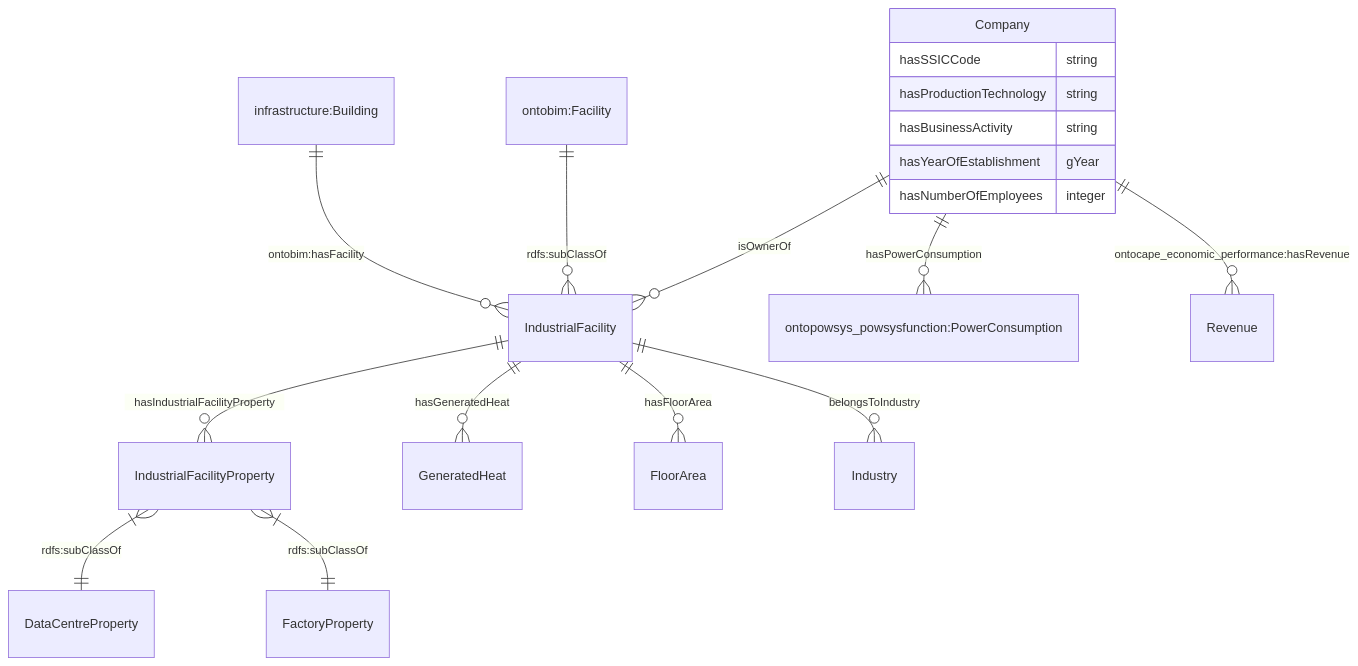
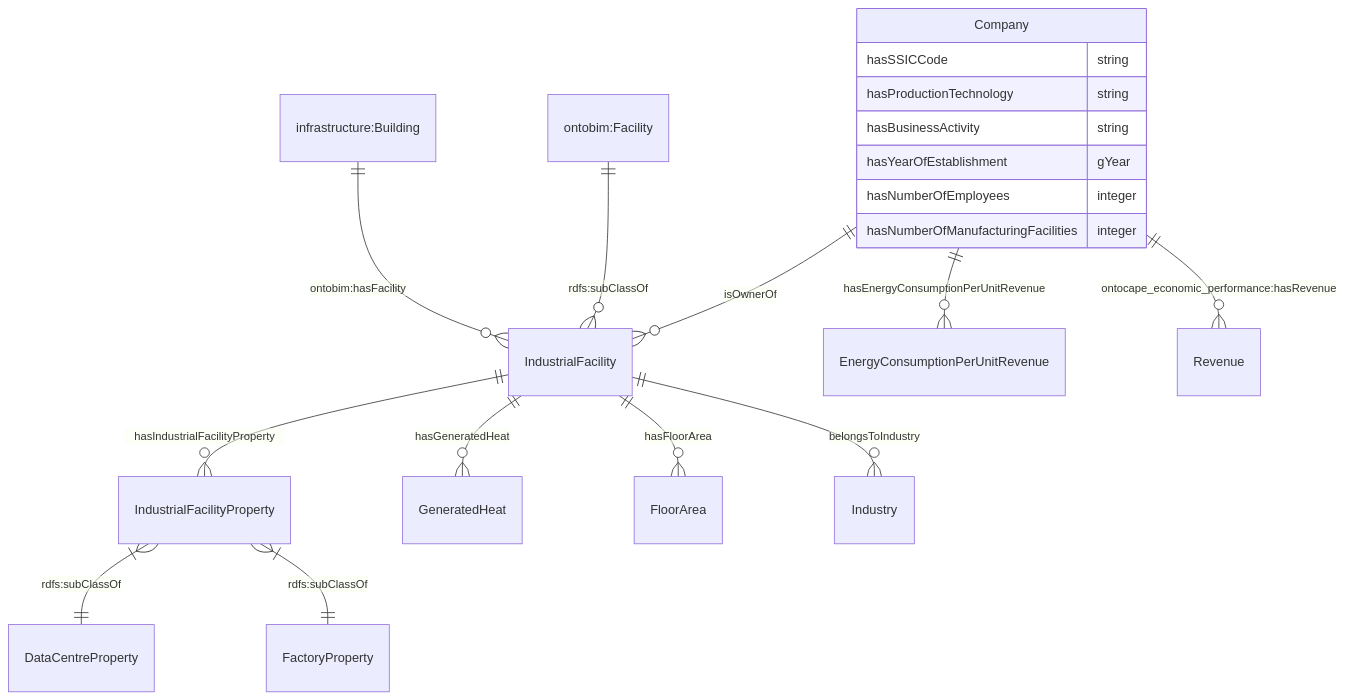
Before and after one commit to cambridge-cares/TheWorldAvatar: the first of 5 diagrams in JPS_Ontology/ontology/ontocompany/README.md, drawn with Mermaid. The commit also changed other lines of this file and 2 other files, not shown here.

Commit message:
1775-update-ontocompany-ontology: Added Product class and hasProduct relation.

````diff
--- a/JPS_Ontology/ontology/ontocompany/README.md
+++ b/JPS_Ontology/ontology/ontocompany/README.md
@@ -24,21 +24,22 @@
 ```mermaid
     erDiagram
     "Company" ||--o{ "IndustrialFacility" : isOwnerOf
-    "Company" ||--o{ "ontopowsys_powsysfunction:PowerConsumption" : hasPowerConsumption
+    "Company" ||--o{ "EnergyConsumptionPerUnitRevenue" : hasEnergyConsumptionPerUnitRevenue
     "Company" ||--o{ "Revenue" : "ontocape_economic_performance:hasRevenue"
     "Company" {
         hasSSICCode string
         hasProductionTechnology string
         hasBusinessActivity string
         hasYearOfEstablishment gYear
         hasNumberOfEmployees integer
+        hasNumberOfManufacturingFacilities integer
     }
     "infrastructure:Building" ||--o{ "IndustrialFacility" : "ontobim:hasFacility"
     "ontobim:Facility" ||--o{ "IndustrialFacility" : "rdfs:subClassOf"
     "IndustrialFacility" ||--o{ "IndustrialFacilityProperty" : hasIndustrialFacilityProperty
     "IndustrialFacilityProperty" }|--|| "DataCentreProperty" : "rdfs:subClassOf"
     "IndustrialFacilityProperty" }|--|| "FactoryProperty" : "rdfs:subClassOf"
     "IndustrialFacility" ||--o{ "GeneratedHeat" : hasGeneratedHeat
     "IndustrialFacility" ||--o{ "FloorArea" : hasFloorArea
     "IndustrialFacility" ||--o{ "Industry" : belongsToIndustry
 ```
````
